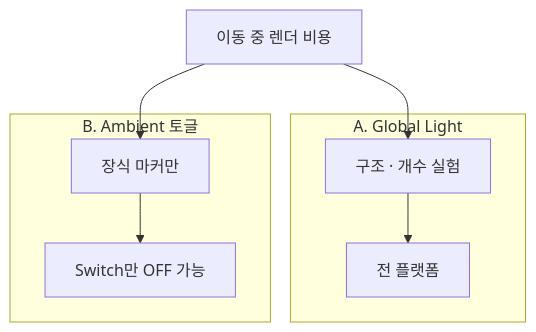
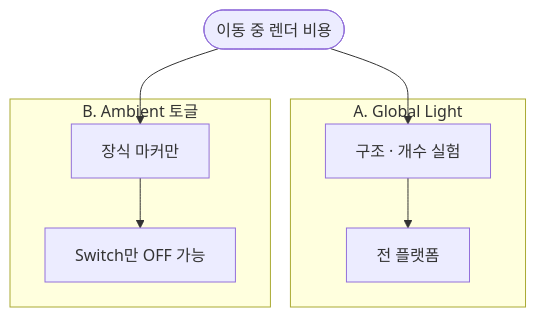
The diagram in notes/stage-visual-gpu-optimize.md (monet5379/monet5379.github.io), drawn with Mermaid before and after one commit. The commit also changed 4 other files, not shown here.

Commit message:
fix(notes): 엔진·문제해결 Mermaid visual · excel-json 캡션

````diff
--- a/notes/stage-visual-gpu-optimize.md
+++ b/notes/stage-visual-gpu-optimize.md
@@ -53,13 +53,14 @@
 ```mermaid
 flowchart TD
-  M["이동 중 렌더 비용"] --> G
+  M(["이동 중 렌더 비용"])
+  M --> G
   M --> A
 
   subgraph GLOBAL["A. Global Light"]
     G["구조 · 개수 실험"] --> L["전 플랫폼"]
   end
 
   subgraph AMBIENT["B. Ambient 토글"]
     A["장식 마커만"] --> S["Switch만 OFF 가능"]
   end
 ```
````
